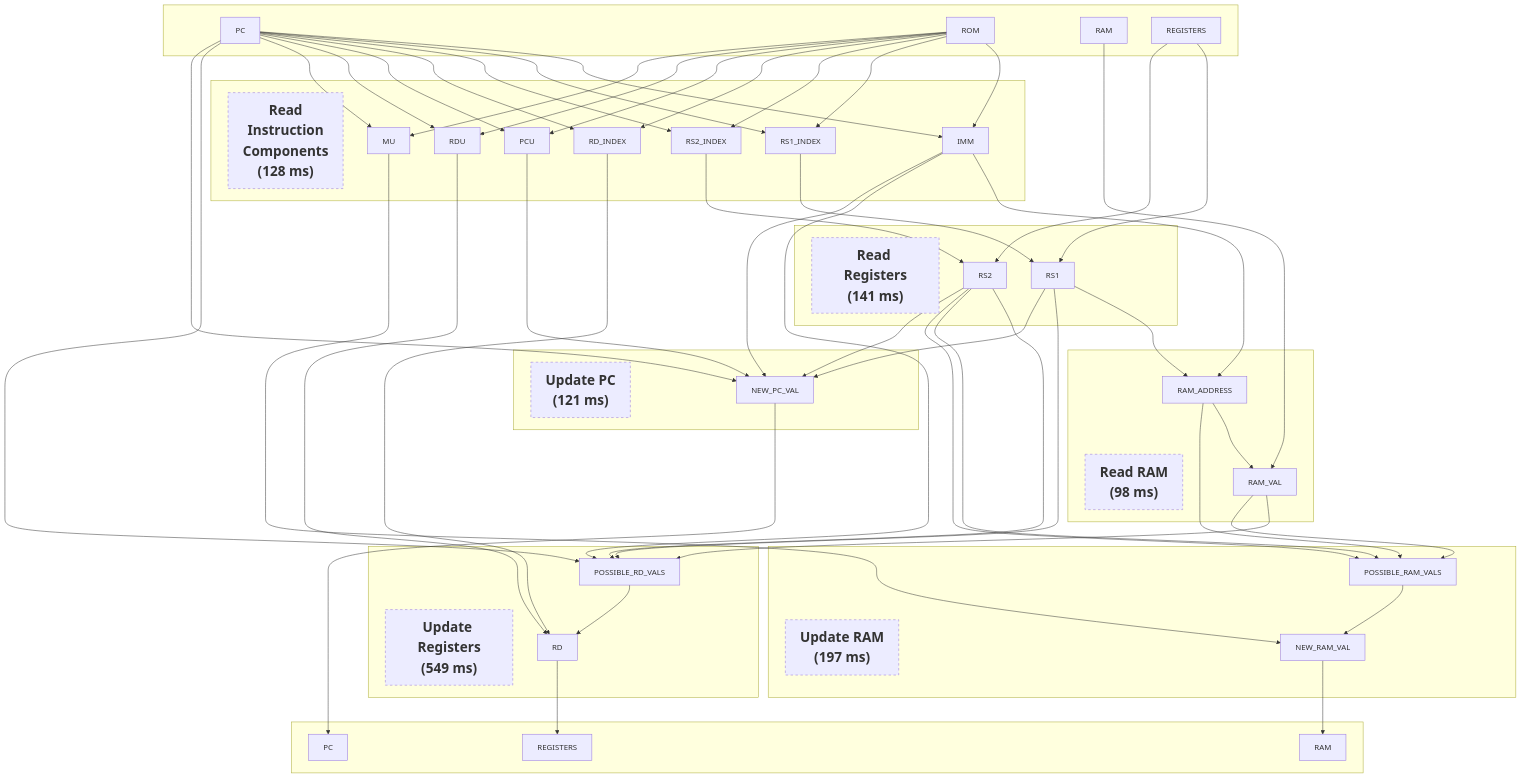
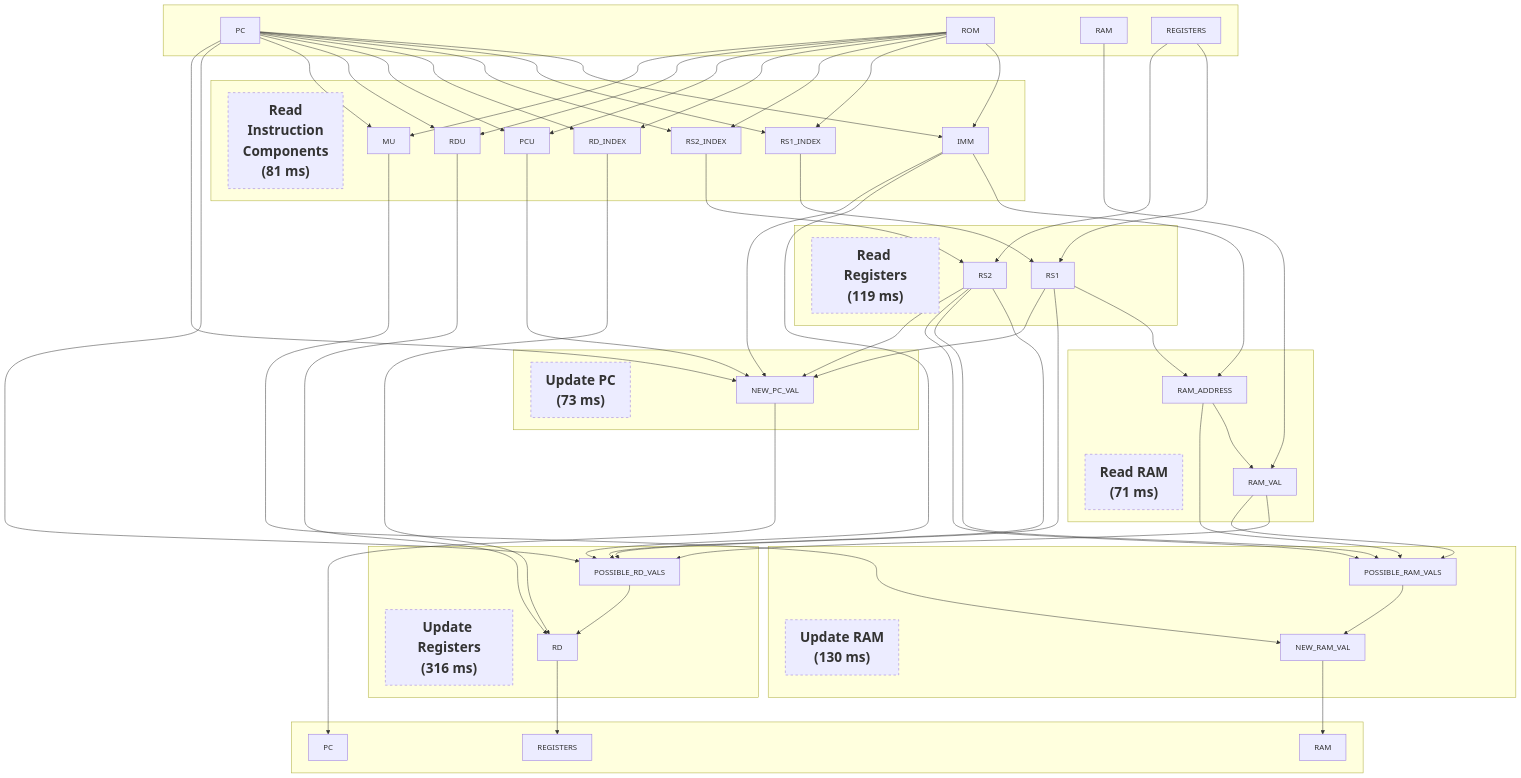
One commit to phantomzone-org/phantom changed the diagram in doc/costs.md. Above: the diagram before and after it, drawn with Mermaid. The commit also changed other lines of this file and 9 other files, not shown here.

```diff
--- a/doc/costs.md
+++ b/doc/costs.md
@@ -46,7 +46,7 @@
     end
 
     subgraph read_inst [" "]
-        READ_INST_LABEL["Read<br>Instruction<br>Components<br>(128 ms)"]
+        READ_INST_LABEL["Read<br>Instruction<br>Components<br>(81 ms)"]
         IMM["IMM"]
         RS1_INDEX["RS1_INDEX"]
         RS2_INDEX["RS2_INDEX"]
@@ -57,32 +57,31 @@
     end
     
     subgraph read_ram [" "]
-        READ_RAM_LABEL["Read RAM<br>(98 ms)"]
+        READ_RAM_LABEL["Read RAM<br>(71 ms)"]
         RAM_ADDRESS["RAM_ADDRESS"]
         RAM_VAL["RAM_VAL"]
     end
 
     subgraph read_reg [" "]
-        READ_REG_LABEL["Read Registers<br>(141 ms)"]
+        READ_REG_LABEL["Read Registers<br>(119 ms)"]
         RS1["RS1"]
         RS2["RS2"]
     end
 
     subgraph update_reg [" "]
-        UPDATE_REG_LABEL["Update Registers<br>(549 ms)"]
+        UPDATE_REG_LABEL["Update Registers<br>(316 ms)"]
         POSSIBLE_RD_VALS["POSSIBLE_RD_VALS"]
         RD["RD"]
     end
 
-
     subgraph update_ram [" "]
-        UPDATE_RAM_LABEL["Update RAM<br>(197 ms)"]
+        UPDATE_RAM_LABEL["Update RAM<br>(130 ms)"]
         POSSIBLE_RAM_VALS["POSSIBLE_RAM_VALS"]
         NEW_RAM_VAL["NEW_RAM_VAL"]
     end
 
     subgraph update_pc [" "]
-        UPDATE_PC_LABEL["Update PC<br>(121 ms)"]
+        UPDATE_PC_LABEL["Update PC<br>(73 ms)"]
         NEW_PC_VAL["NEW_PC_VAL"]
     end
 
```
